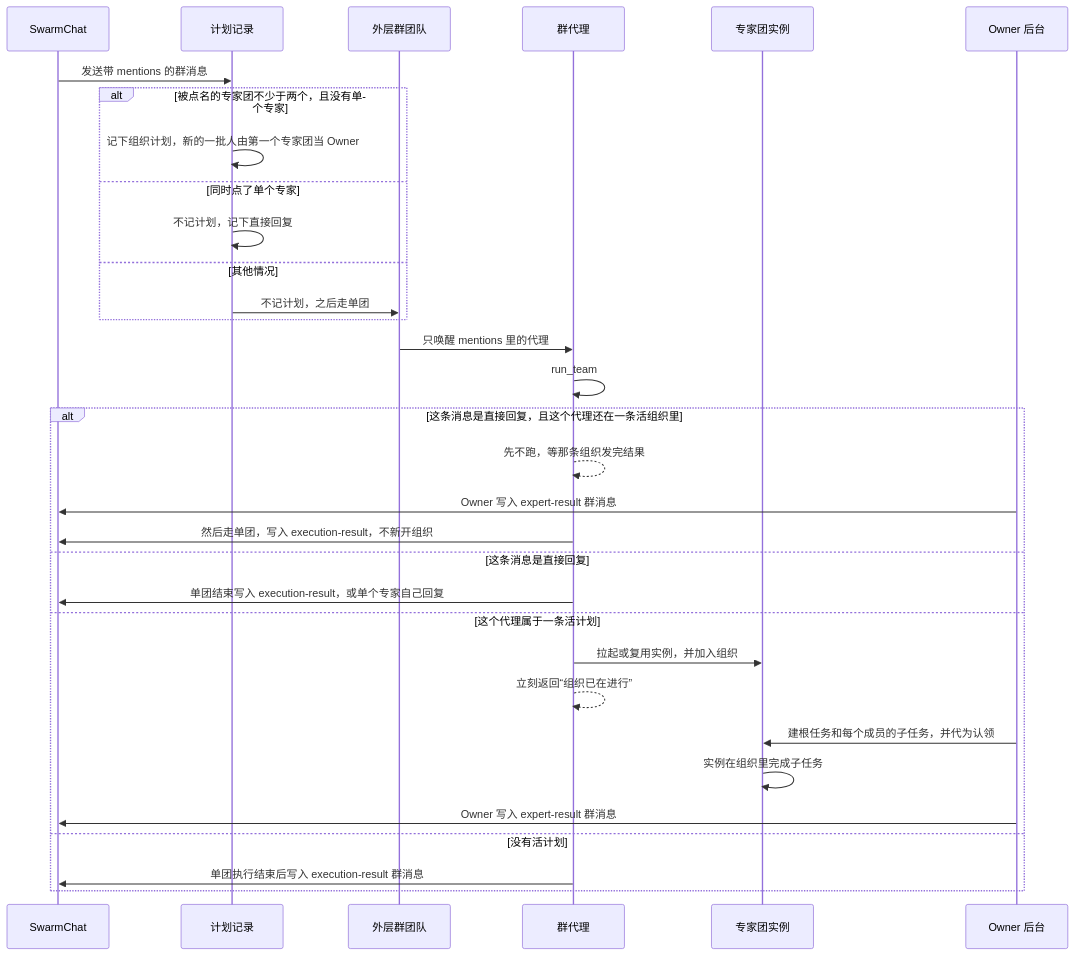
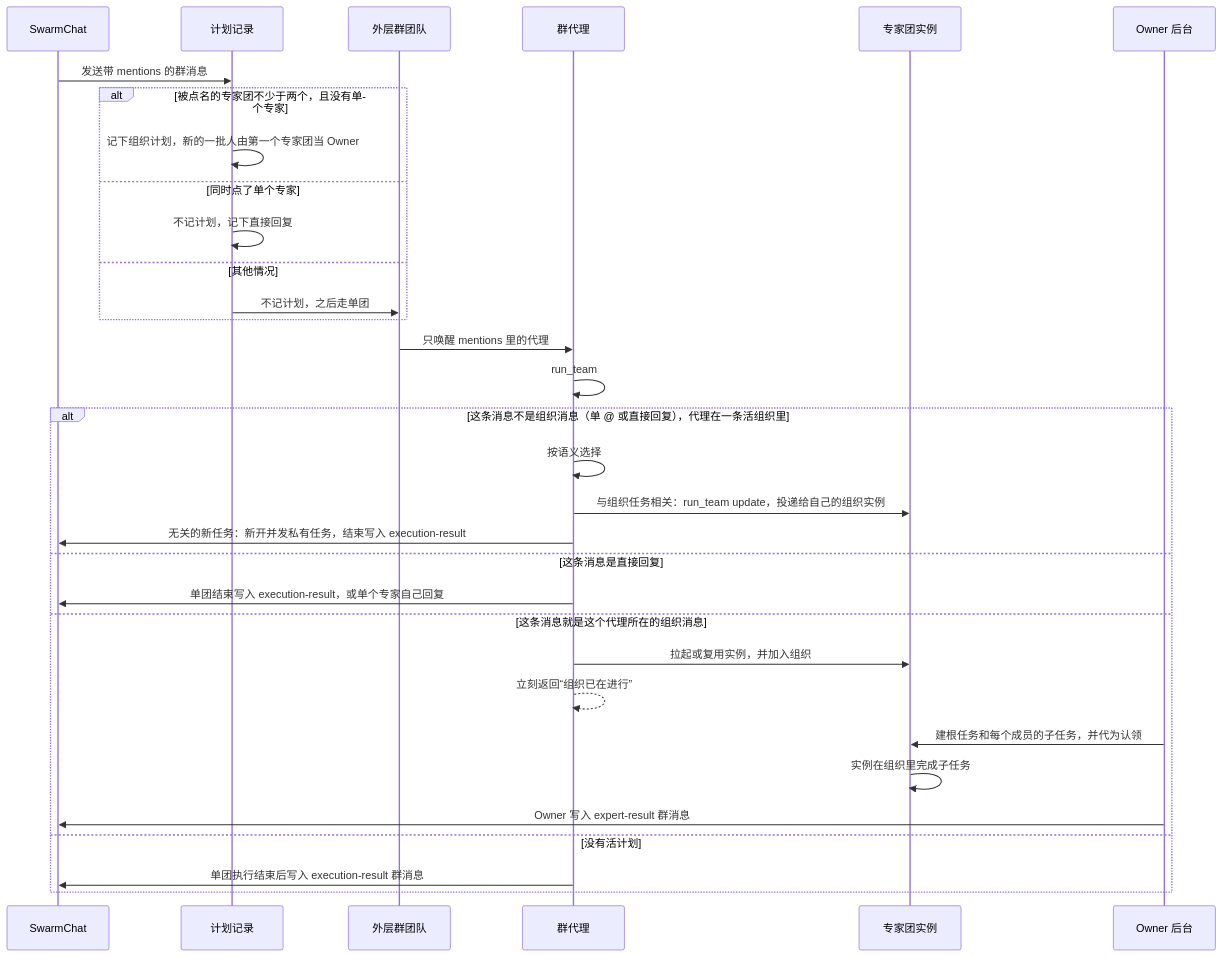
Before and after one commit to openJiuwen-ai/jiuwenswarm: the diagram in docs/zh/SwarmChat群聊专家团组织.md, drawn with Mermaid. The commit also changed other lines of this file and 9 other files, not shown here.

````diff
--- a/docs/zh/SwarmChat群聊专家团组织.md
+++ b/docs/zh/SwarmChat群聊专家团组织.md
@@ -30,35 +30,35 @@
 ```mermaid
 sequenceDiagram
     participant User as SwarmChat
     participant Gate as 计划记录
     participant Group as 外层群团队
     participant Proxy as 群代理
     participant Org as 专家团实例
     participant Owner as Owner 后台
 
     User->>Gate: 发送带 mentions 的群消息
     alt 被点名的专家团不少于两个，且没有单个专家
         Gate->>Gate: 记下组织计划，新的一批人由第一个专家团当 Owner
     else 同时点了单个专家
         Gate->>Gate: 不记计划，记下直接回复
     else 其他情况
         Gate->>Group: 不记计划，之后走单团
     end
     Group->>Proxy: 只唤醒 mentions 里的代理
     Proxy->>Proxy: run_team
-    alt 这条消息是直接回复，且这个代理还在一条活组织里
-        Proxy-->>Proxy: 先不跑，等那条组织发完结果
-        Owner->>User: Owner 写入 expert-result 群消息
-        Proxy->>User: 然后走单团，写入 execution-result，不新开组织
+    alt 这条消息不是组织消息（单 @ 或直接回复），代理在一条活组织里
+        Proxy->>Proxy: 按语义选择
+        Proxy->>Org: 与组织任务相关：run_team update，投递给自己的组织实例
+        Proxy->>User: 无关的新任务：新开并发私有任务，结束写入 execution-result
     else 这条消息是直接回复
         Proxy->>User: 单团结束写入 execution-result，或单个专家自己回复
-    else 这个代理属于一条活计划
+    else 这条消息就是这个代理所在的组织消息
         Proxy->>Org: 拉起或复用实例，并加入组织
         Proxy-->>Proxy: 立刻返回“组织已在进行”
         Owner->>Org: 建根任务和每个成员的子任务，并代为认领
         Org->>Org: 实例在组织里完成子任务
         Owner->>User: Owner 写入 expert-result 群消息
     else 没有活计划
         Proxy->>User: 单团执行结束后写入 execution-result 群消息
     end
 ```
````
